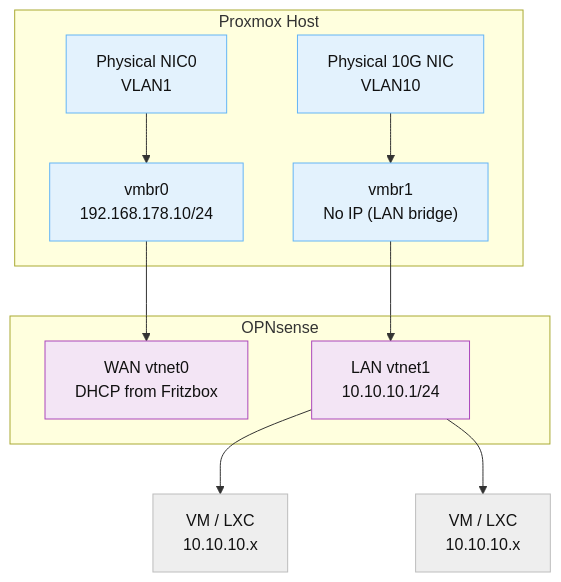
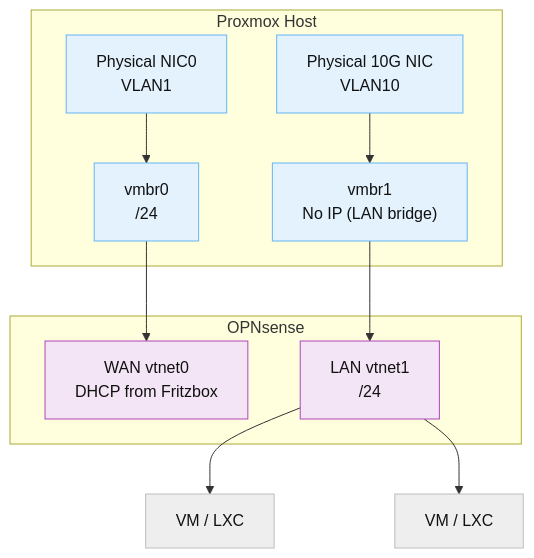
Before and after one commit to Noxwer-beep/homelab-infrastructure: the second of 3 diagrams in docs/999_Appendix_Diagrams.md, drawn with Mermaid. The commit also changed other lines of this file and 8 other files, not shown here.

````diff
--- a/docs/999_Appendix_Diagrams.md
+++ b/docs/999_Appendix_Diagrams.md
@@ -55,29 +55,29 @@
 ```mermaid
 graph TD
     classDef host fill:#e3f2fd,stroke:#64b5f6,color:#111;
     classDef fw fill:#f3e5f5,stroke:#ab47bc,color:#111;
     classDef client fill:#eeeeee,stroke:#bdbdbd,color:#111;
 
     subgraph Proxmox["Proxmox Host"]
         NIC0["Physical NIC0<br>VLAN1"]:::host
         NIC10["Physical 10G NIC<br>VLAN10"]:::host
-        vmbr0["vmbr0<br>192.168.178.10/24"]:::host
+        vmbr0["vmbr0<br><mgmt-subnet>/24"]:::host
         vmbr1["vmbr1<br>No IP (LAN bridge)"]:::host
         NIC0 --> vmbr0
         NIC10 --> vmbr1
     end
 
     subgraph Firewall["OPNsense"]
         WAN["WAN vtnet0<br>DHCP from Fritzbox"]:::fw
-        LAN["LAN vtnet1<br>10.10.10.1/24"]:::fw
+        LAN["LAN vtnet1<br><lab-gateway>/24"]:::fw
     end
 
     vmbr0 --> WAN
     vmbr1 --> LAN
 
-    Client1["VM / LXC<br>10.10.10.x"]:::client
-    Client2["VM / LXC<br>10.10.10.x"]:::client
+    Client1["VM / LXC<br><lab-subnet>"]:::client
+    Client2["VM / LXC<br><lab-subnet>"]:::client
 
     LAN --> Client1
     LAN --> Client2
 ```
````
